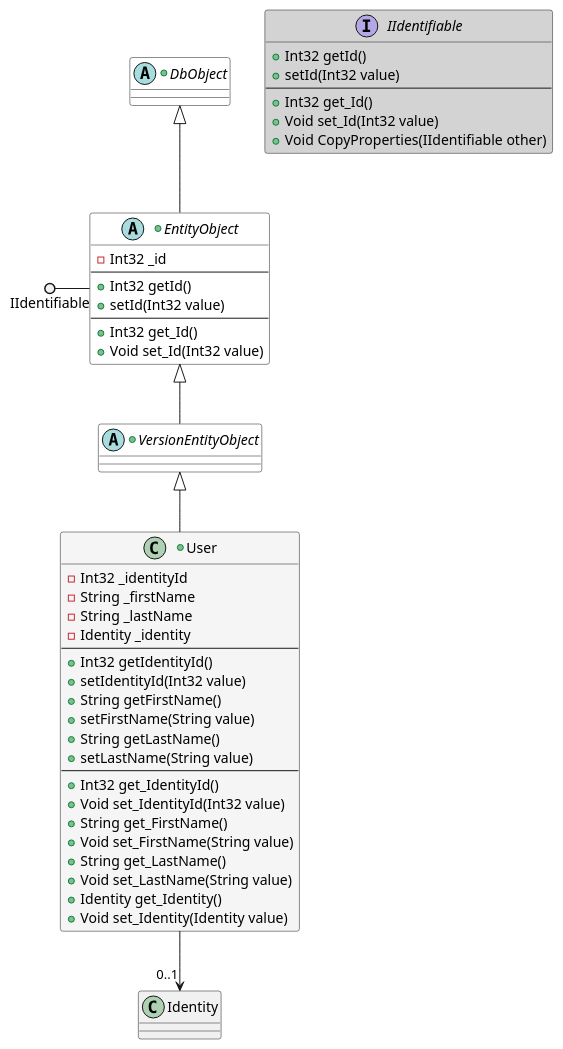
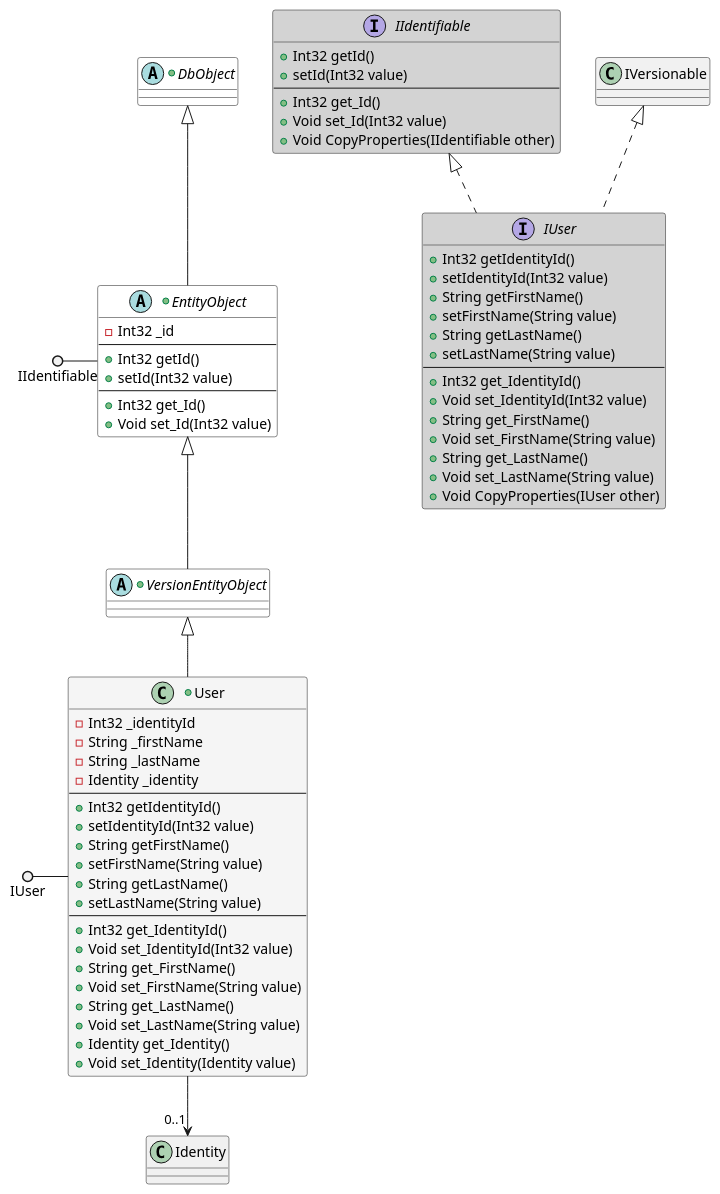
One commit to leoggehrer/SEeVaccinationPass changed the diagram in Diagrams/Entities/Account/User.puml. Above: the diagram before and after it, drawn with PlantUML. The commit also changed 58 other files, not shown here.

```diff
--- a/Diagrams/Entities/Account/User.puml
+++ b/Diagrams/Entities/Account/User.puml
@@ -2,50 +2,69 @@
 @startuml eVaccinationPass.Logic.Entities.Account.User
 +class User #whitesmoke {
     - Int32 _identityId
     - String _firstName
     - String _lastName
     - Identity _identity
     ---
      + Int32 getIdentityId()
      + setIdentityId(Int32 value)
      + String getFirstName()
      + setFirstName(String value)
      + String getLastName()
      + setLastName(String value)
     ---
     + Int32 get_IdentityId()
     + Void set_IdentityId(Int32 value)
     + String get_FirstName()
     + Void set_FirstName(String value)
     + String get_LastName()
     + Void set_LastName(String value)
     + Identity get_Identity()
     + Void set_Identity(Identity value)
 }
 +abstract class VersionEntityObject #white {
 }
 +abstract class EntityObject #white {
     - Int32 _id
     ---
      + Int32 getId()
      + setId(Int32 value)
     ---
     + Int32 get_Id()
     + Void set_Id(Int32 value)
 }
 +abstract class DbObject #white {
 }
+interface IUser #lightgrey {
+     + Int32 getIdentityId()
+     + setIdentityId(Int32 value)
+     + String getFirstName()
+     + setFirstName(String value)
+     + String getLastName()
+     + setLastName(String value)
+    ---
+    + Int32 get_IdentityId()
+    + Void set_IdentityId(Int32 value)
+    + String get_FirstName()
+    + Void set_FirstName(String value)
+    + String get_LastName()
+    + Void set_LastName(String value)
+    + Void CopyProperties(IUser other)
+}
 interface IIdentifiable #lightgrey {
      + Int32 getId()
      + setId(Int32 value)
     ---
     + Int32 get_Id()
     + Void set_Id(Int32 value)
     + Void CopyProperties(IIdentifiable other)
 }
 VersionEntityObject <|-- User
 EntityObject <|-- VersionEntityObject
 DbObject <|-- EntityObject
+IVersionable <|.. IUser
+IIdentifiable <|.. IUser
+IUser ()- User
 IIdentifiable ()- EntityObject
 User --> "0..1" Identity
 @enduml
```
